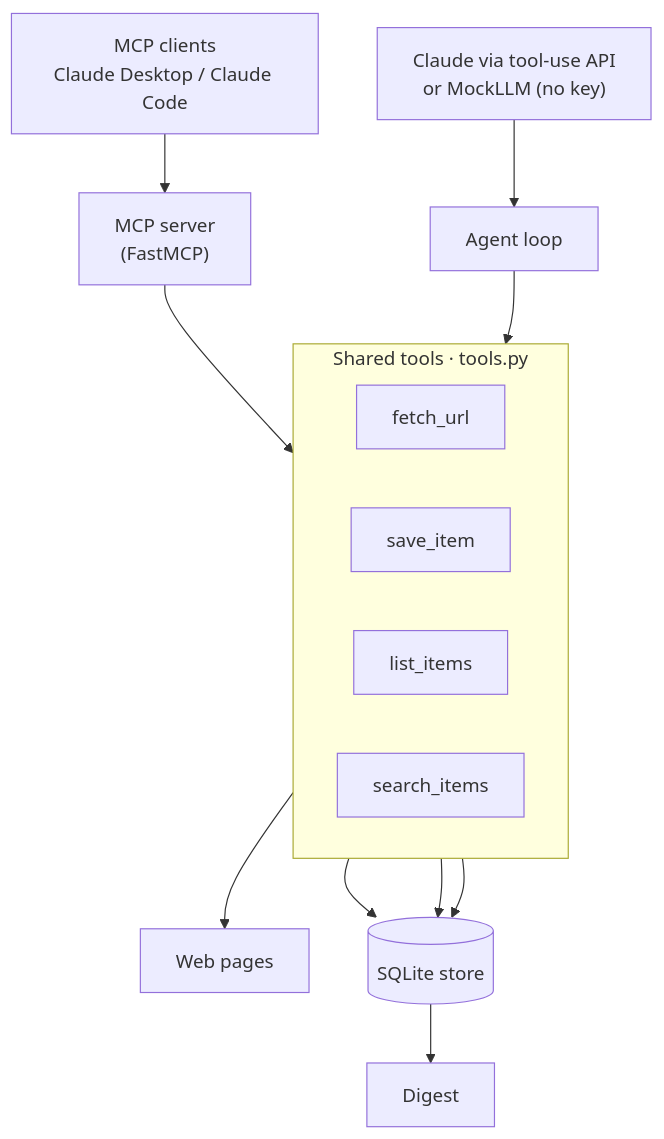
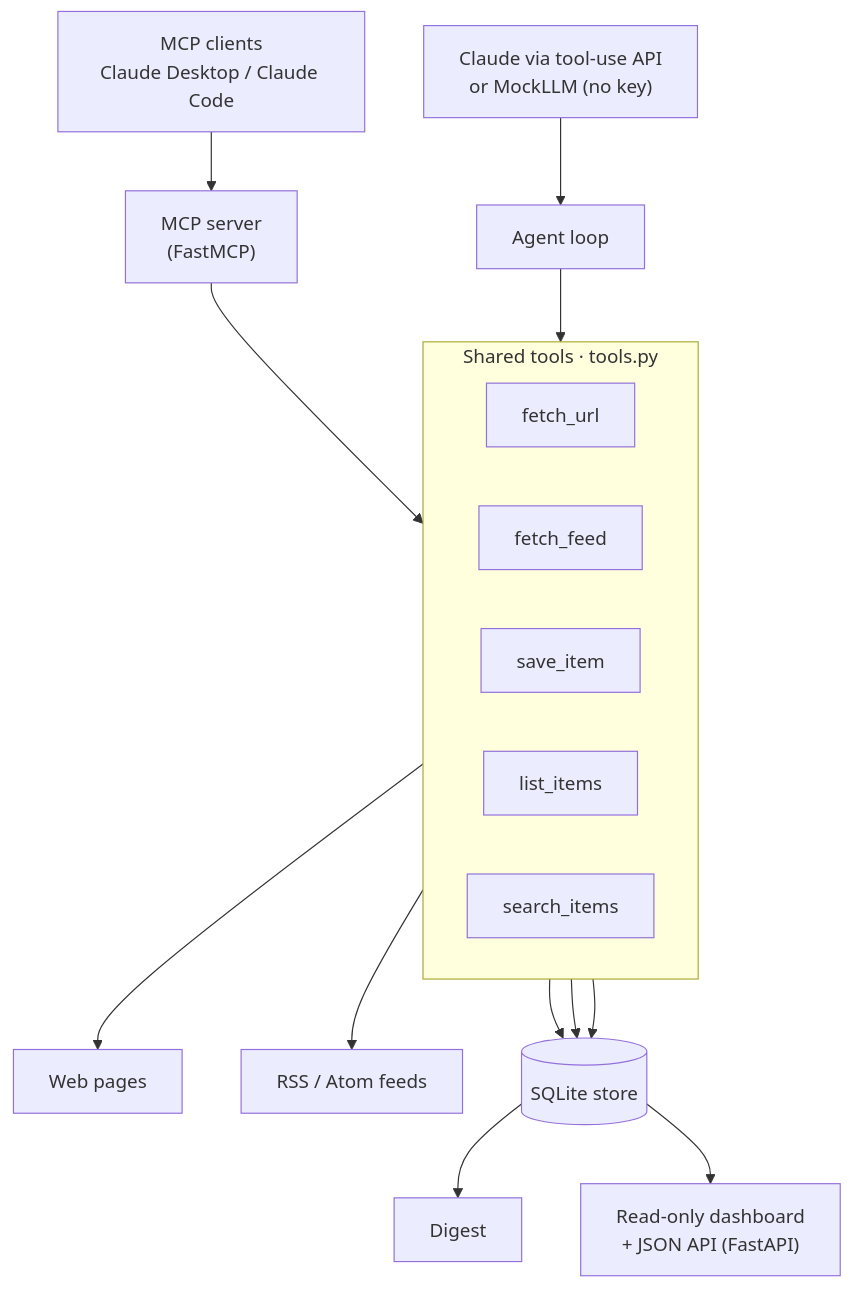
One commit to gbadedata/mcp-research-agent changed the first of 2 diagrams in README.md. Above: the diagram before and after it, drawn with Mermaid. The commit also changed other lines of this file and 11 other files, not shown here.

Commit message:
Add RSS/Atom feed tool and a read-only FastAPI dashboard; 17 tests

````diff
--- a/README.md
+++ b/README.md
@@ -53,19 +57,22 @@
 ```mermaid
 flowchart TD
     CLIENTS["MCP clients<br/>Claude Desktop / Claude Code"] --> MCP["MCP server<br/>(FastMCP)"]
     MODEL["Claude via tool-use API<br/>or MockLLM (no key)"] --> AGENT["Agent loop"]
     MCP --> TOOLS
     AGENT --> TOOLS
     subgraph TOOLS["Shared tools · tools.py"]
         direction LR
         F["fetch_url"]
+        FE["fetch_feed"]
         S["save_item"]
         L["list_items"]
         SR["search_items"]
     end
     F --> WEB["Web pages"]
+    FE --> FEEDS["RSS / Atom feeds"]
     S --> STORE[("SQLite store")]
     L --> STORE
     SR --> STORE
     STORE --> DIGEST["Digest"]
+    STORE --> DASH["Read-only dashboard<br/>+ JSON API (FastAPI)"]
 ```
````
